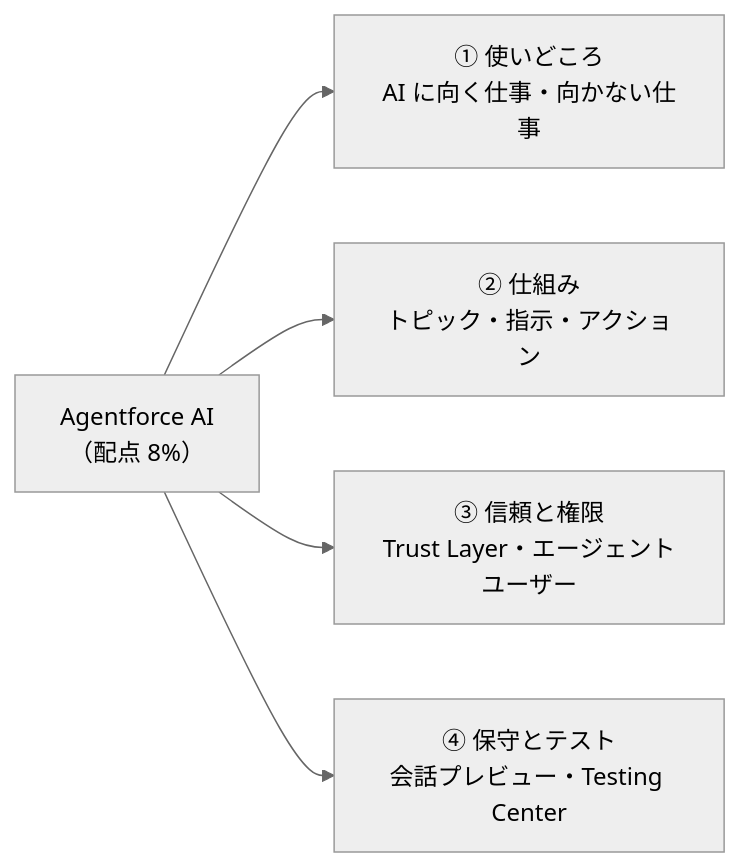
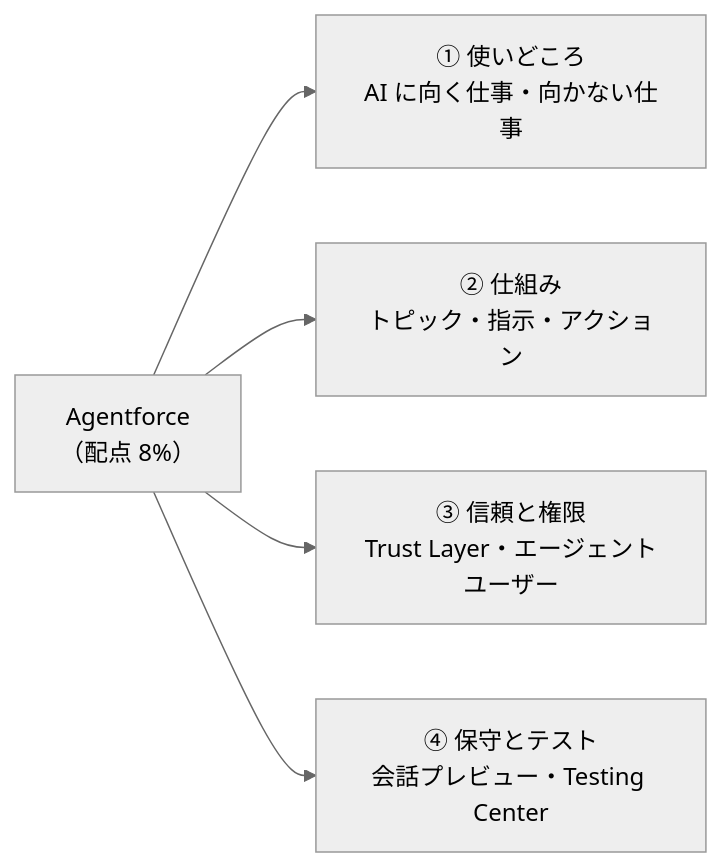
One commit to musik1207/sample changed the first of 9 diagrams in src/content/lessons/platform-admin/agentforce.md. Above: the diagram before and after it, drawn with Mermaid (neutral theme). The commit also changed other lines of this file and 4 other files, not shown here.

````diff
--- a/src/content/lessons/platform-admin/agentforce.md
+++ b/src/content/lessons/platform-admin/agentforce.md
@@ -15,7 +15,7 @@
 ```mermaid
 flowchart LR
-  A["Agentforce AI<br/>（配点 8%）"] --> B["① 使いどころ<br/>AI に向く仕事・向かない仕事"]
+  A["Agentforce<br/>（配点 8%）"] --> B["① 使いどころ<br/>AI に向く仕事・向かない仕事"]
   A --> C["② 仕組み<br/>トピック・指示・アクション"]
   A --> D["③ 信頼と権限<br/>Trust Layer・エージェントユーザー"]
   A --> E["④ 保守とテスト<br/>会話プレビュー・Testing Center"]
 ```
````
